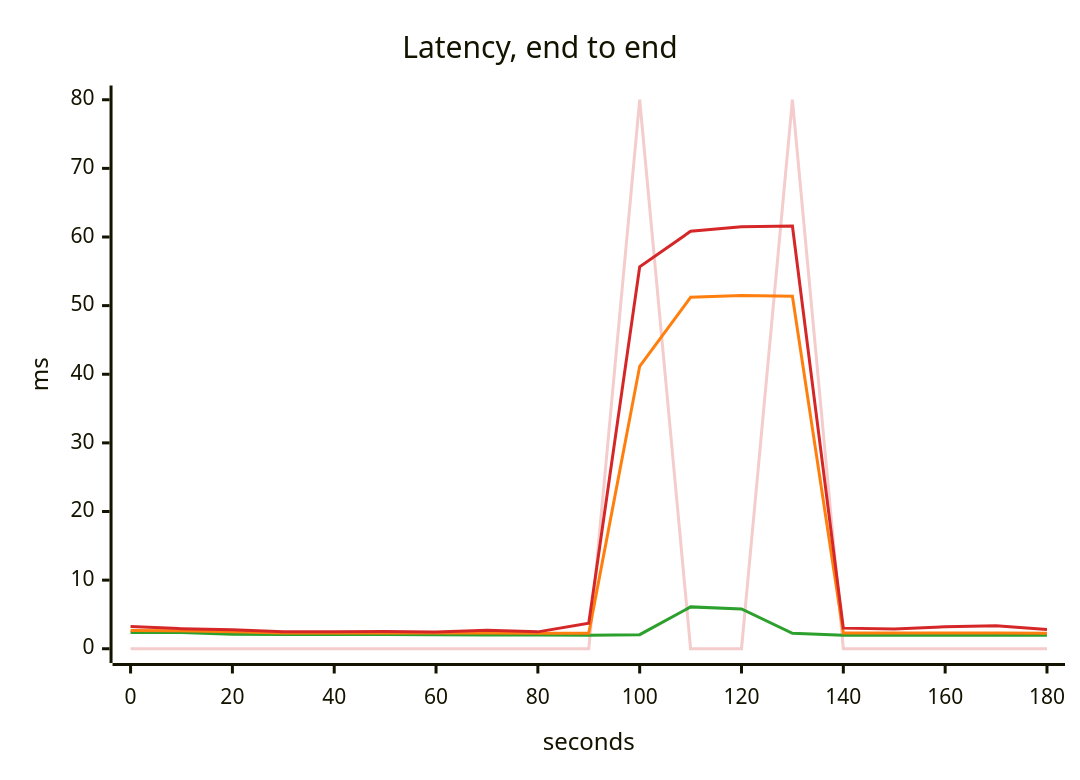
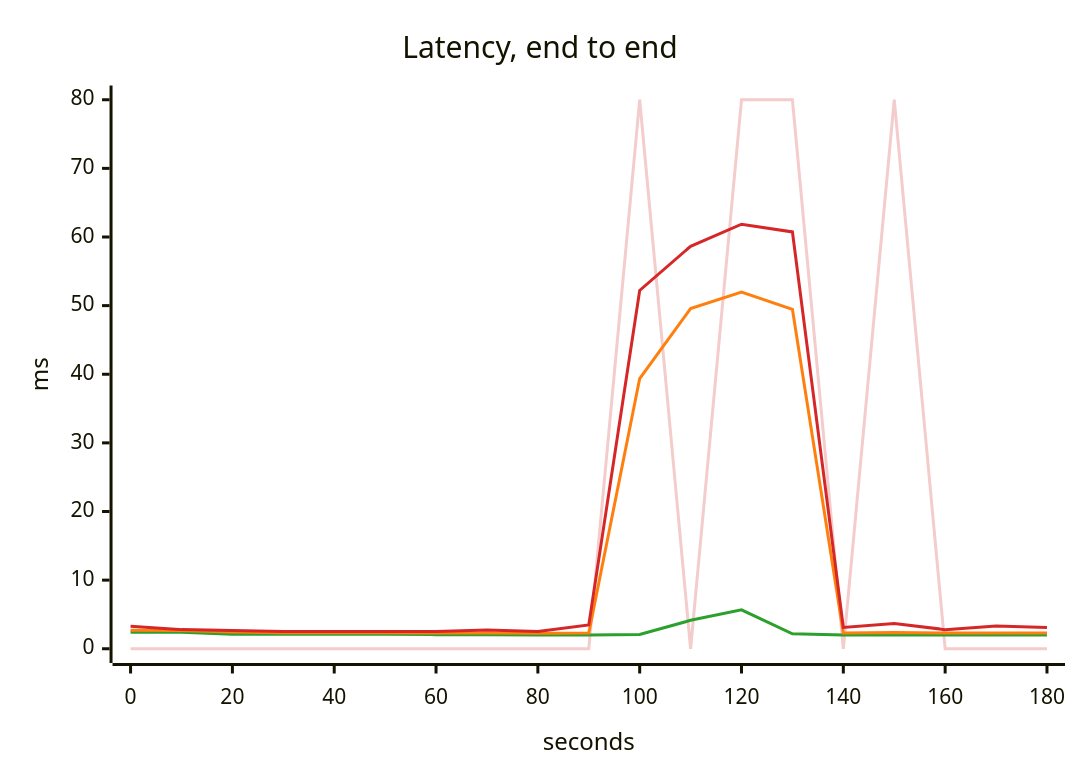
Before and after one commit to akinfemi/load-lore: the third of 5 diagrams in scenarios/featured-on-hacker-news/solutions/headroom/report.md, drawn with Mermaid. The commit also changed other lines of this file and 71 other files, not shown here.

````diff
--- a/scenarios/featured-on-hacker-news/solutions/headroom/report.md
+++ b/scenarios/featured-on-hacker-news/solutions/headroom/report.md
@@ -57,17 +58,17 @@
 ```mermaid
 ---
 config:
   themeVariables:
     xyChart:
       backgroundColor: "transparent"
       plotColorPalette: "#f4cccc, #2ca02c, #ff7f0e, #d62728"
 ---
 xychart-beta
     title "Latency, end to end"
     x-axis "seconds" 0 --> 180
     y-axis "ms" 0 --> 80
-    line [0, 0, 0, 0, 0, 0, 0, 0, 0, 0, 80, 0, 0, 80, 0, 0, 0, 0, 0]
-    line [2.366, 2.359, 2.104, 2.071, 2.072, 2.066, 2.04, 2.02, 1.994, 1.977, 2.052, 6.1, 5.801, 2.257, 1.969, 1.965, 1.968, 1.974, 1.967]
-    line [2.657, 2.625, 2.465, 2.307, 2.306, 2.307, 2.288, 2.28, 2.249, 2.273, 41.159, 51.21, 51.462, 51.369, 2.285, 2.282, 2.294, 2.298, 2.272]
-    line [3.25, 2.932, 2.751, 2.489, 2.492, 2.499, 2.44, 2.706, 2.46, 3.716, 55.66, 60.831, 61.494, 61.612, 3.003, 2.895, 3.199, 3.353, 2.82]
+    line [0, 0, 0, 0, 0, 0, 0, 0, 0, 0, 80, 0, 80, 80, 0, 80, 0, 0, 0]
+    line [2.396, 2.39, 2.126, 2.104, 2.102, 2.107, 2.056, 2.039, 2.016, 1.999, 2.077, 4.143, 5.663, 2.173, 1.987, 2.001, 1.99, 1.995, 1.996]
+    line [2.678, 2.647, 2.429, 2.319, 2.316, 2.318, 2.302, 2.295, 2.274, 2.288, 39.369, 49.568, 51.964, 49.456, 2.292, 2.381, 2.284, 2.311, 2.304]
+    line [3.261, 2.787, 2.66, 2.521, 2.528, 2.527, 2.515, 2.743, 2.518, 3.468, 52.213, 58.652, 61.862, 60.74, 3.108, 3.671, 2.786, 3.32, 3.094]
 ```
````
